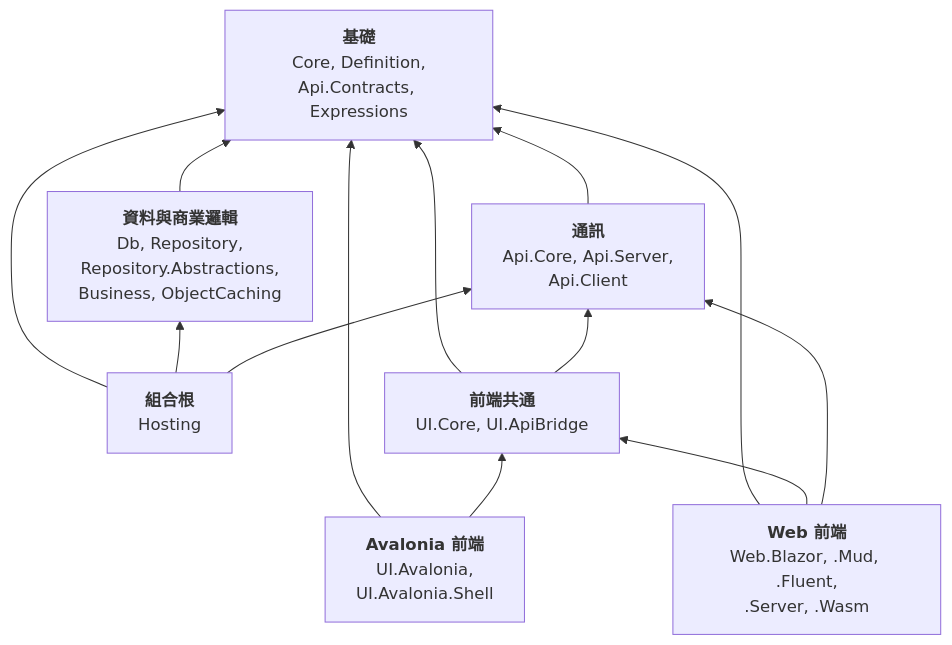
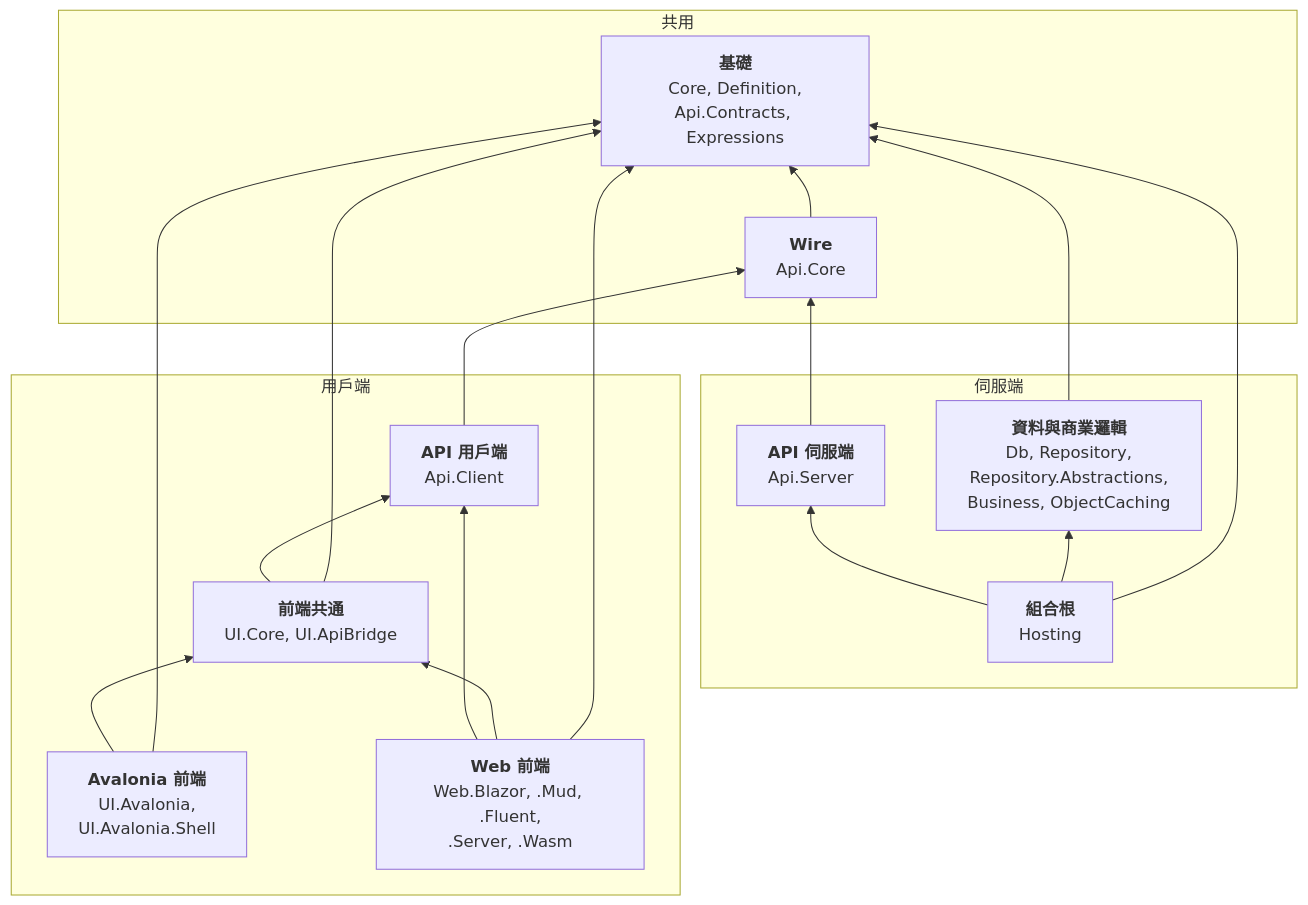
Before and after one commit to polhem-dev/polhem: the first of 10 diagrams in docs/zh-TW/architecture/dependency-map.md, drawn with Mermaid. The commit also changed other lines of this file and 1 other file, not shown here.

First line of the commit message:
Group the dependency map's areas into shared, server side and client side (#309)

````diff
--- a/docs/zh-TW/architecture/dependency-map.md
+++ b/docs/zh-TW/architecture/dependency-map.md
@@ -18,23 +18,33 @@
 ```mermaid
 graph BT
-  Foundation["<b>基礎</b><br/>Core, Definition,<br/>Api.Contracts, Expressions"]
-  Backend["<b>資料與商業邏輯</b><br/>Db, Repository,<br/>Repository.Abstractions,<br/>Business, ObjectCaching"]
-  Wire["<b>通訊</b><br/>Api.Core, Api.Server,<br/>Api.Client"]
-  Composition["<b>組合根</b><br/>Hosting"]
-  FrontShared["<b>前端共通</b><br/>UI.Core, UI.ApiBridge"]
-  Avalonia["<b>Avalonia 前端</b><br/>UI.Avalonia,<br/>UI.Avalonia.Shell"]
-  Web["<b>Web 前端</b><br/>Web.Blazor, .Mud, .Fluent,<br/>.Server, .Wasm"]
+  subgraph SharedSide ["共用"]
+    Foundation["<b>基礎</b><br/>Core, Definition,<br/>Api.Contracts, Expressions"]
+    Wire["<b>Wire</b><br/>Api.Core"]
+  end
+  subgraph ServerSide ["伺服端"]
+    Backend["<b>資料與商業邏輯</b><br/>Db, Repository,<br/>Repository.Abstractions,<br/>Business, ObjectCaching"]
+    ApiServer["<b>API 伺服端</b><br/>Api.Server"]
+    Composition["<b>組合根</b><br/>Hosting"]
+  end
+  subgraph ClientSide ["用戶端"]
+    ApiClient["<b>API 用戶端</b><br/>Api.Client"]
+    FrontShared["<b>前端共通</b><br/>UI.Core, UI.ApiBridge"]
+    Avalonia["<b>Avalonia 前端</b><br/>UI.Avalonia,<br/>UI.Avalonia.Shell"]
+    Web["<b>Web 前端</b><br/>Web.Blazor, .Mud, .Fluent,<br/>.Server, .Wasm"]
+  end
 
+  Wire --> Foundation
   Backend --> Foundation
-  Wire --> Foundation
+  ApiServer --> Wire
   Composition --> Foundation
   Composition --> Backend
-  Composition --> Wire
+  Composition --> ApiServer
+  ApiClient --> Wire
   FrontShared --> Foundation
-  FrontShared --> Wire
+  FrontShared --> ApiClient
   Avalonia --> Foundation
   Avalonia --> FrontShared
   Web --> Foundation
   Web --> FrontShared
-  Web --> Wire
+  Web --> ApiClient
 ```
````
